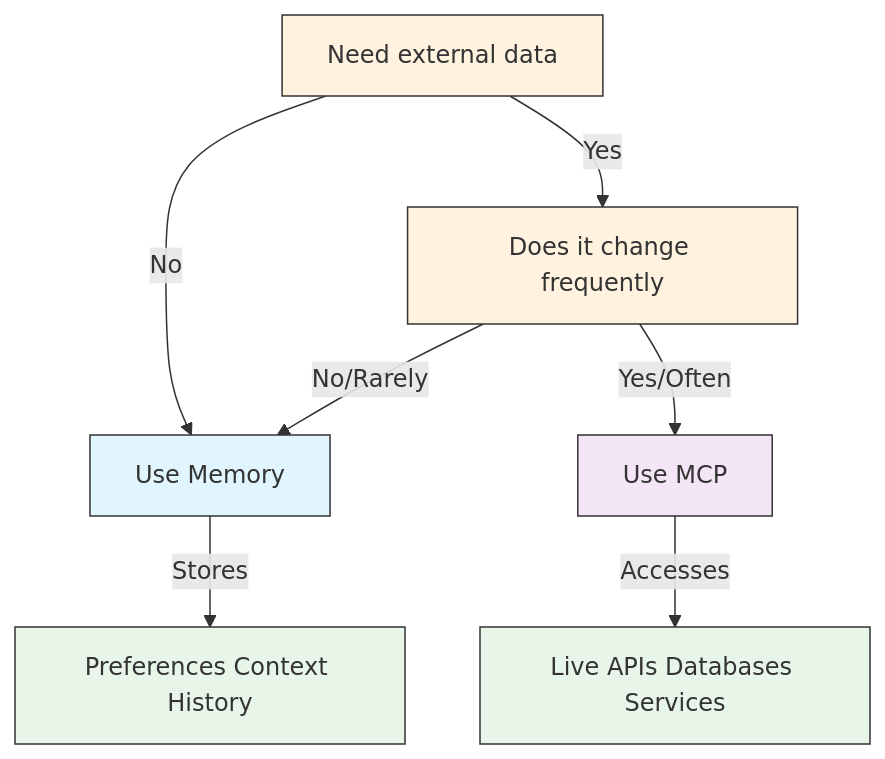
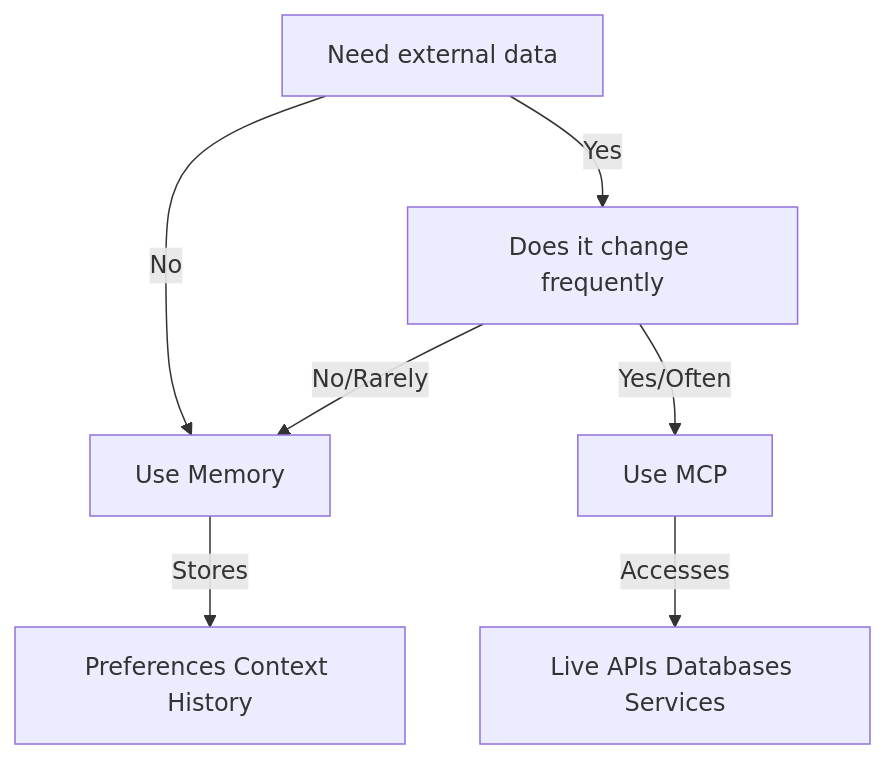
Before and after one commit to Rx782-Fss/claude-howto-zh: the fourth of 7 diagrams in claude-howto-zh/05-mcp/README.md, drawn with Mermaid. The commit also changed other lines of this file and 9 other files, not shown here.

Commit message:
fix: 清除 Mermaid style 行(105处)和节点标签数字列表格式(17处)，修复 Obsidian/GitHub 'Unsupported markdown: list' 渲染错误

````diff
--- a/claude-howto-zh/05-mcp/README.md
+++ b/claude-howto-zh/05-mcp/README.md
@@ -557,18 +543,12 @@
 ```mermaid
 graph TD
     A["Need external data"]
     A -->|No| B["Use Memory"]
     A -->|Yes| C["Does it change frequently"]
     C -->|No/Rarely| B
     C -->|Yes/Often| D["Use MCP"]
 
     B -->|Stores| E["Preferences Context History"]
     D -->|Accesses| F["Live APIs Databases Services"]
 
-    style A fill:#fff3e0,stroke:#333,color:#333
-    style B fill:#e1f5fe,stroke:#333,color:#333
-    style C fill:#fff3e0,stroke:#333,color:#333
-    style D fill:#f3e5f5,stroke:#333,color:#333
-    style E fill:#e8f5e9,stroke:#333,color:#333
-    style F fill:#e8f5e9,stroke:#333,color:#333
 ```
````
